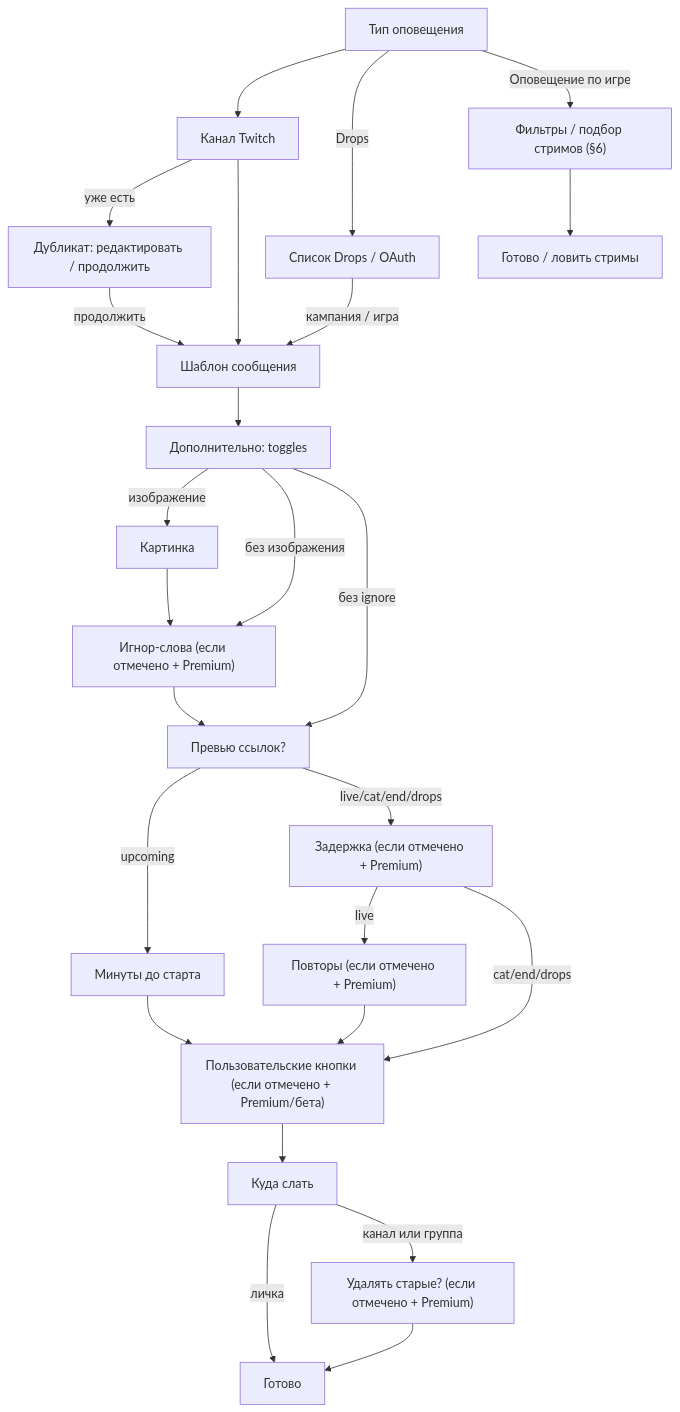
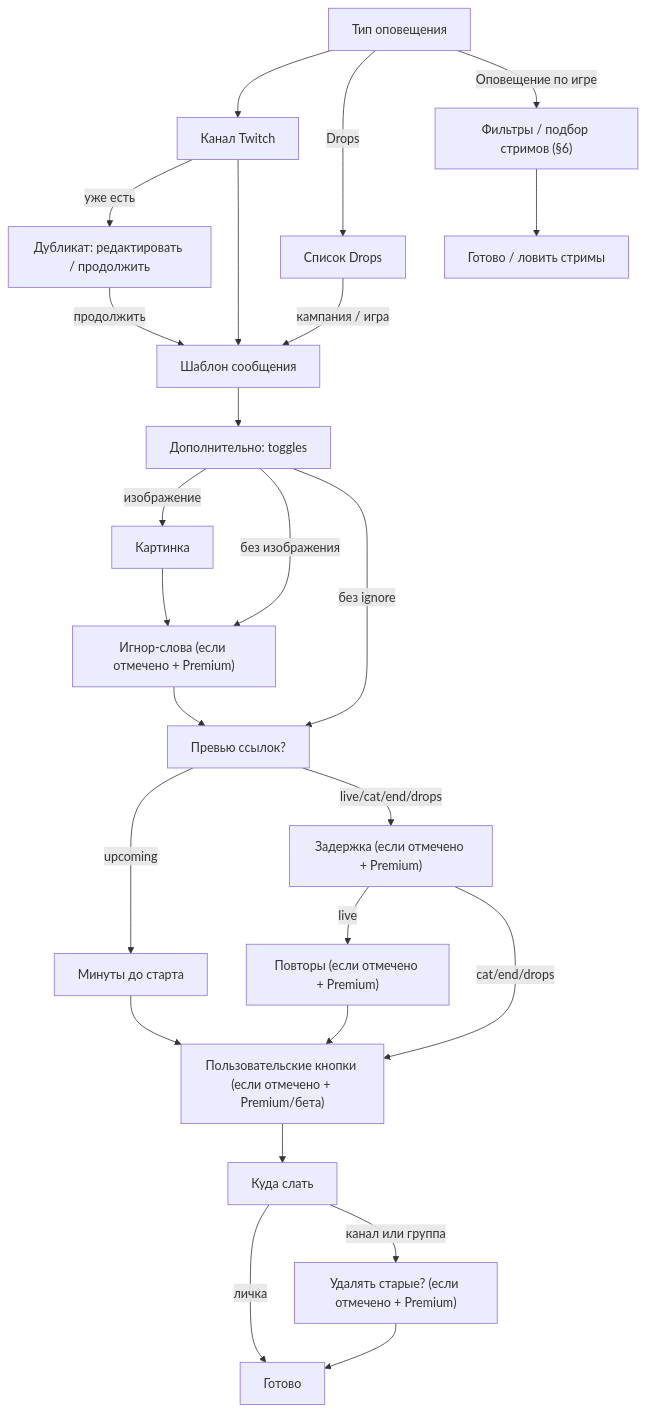
The second of 3 diagrams in docs/user-flow-map.ru.md (Marfa/twitch-telegram-bot), drawn with Mermaid before and after one commit. The commit also changed other lines of this file and 18 other files, not shown here.

````diff
--- a/docs/user-flow-map.ru.md
+++ b/docs/user-flow-map.ru.md
@@ -110,27 +110,27 @@
 ```mermaid
 flowchart TD
   AT["Тип оповещения"] --> CH["Канал Twitch"]
-  AT -->|Drops| CAT["Список Drops / OAuth"]
+  AT -->|Drops| CAT["Список Drops"]
   AT -->|Оповещение по игре| WAT["Фильтры / подбор стримов (§6)"]
   CH -->|уже есть| DUP["Дубликат: редактировать / продолжить"]
   CH --> TPL["Шаблон сообщения"]
   CAT -->|кампания / игра| TPL
   DUP -->|продолжить| TPL
   TPL --> OPT["Дополнительно: toggles"]
   OPT -->|изображение| IMG["Картинка"]
   OPT -->|без изображения| IGN["Игнор-слова (если отмечено + Premium)"]
   IMG --> IGN
   IGN --> LP["Превью ссылок?"]
   OPT -->|без ignore| LP
   LP -->|upcoming| SRM["Минуты до старта"]
   LP -->|live/cat/end/drops| DL["Задержка (если отмечено + Premium)"]
   DL -->|live| RP["Повторы (если отмечено + Premium)"]
   RP --> BTN["Пользовательские кнопки (если отмечено + Premium/бета)"]
   BTN --> DEST["Куда слать"]
   SRM --> BTN
   DL -->|cat/end/drops| BTN
   DEST -->|личка| DONE["Готово"]
   DEST -->|канал или группа| DEL["Удалять старые? (если отмечено + Premium)"]
   DEL --> DONE
   WAT --> ENDW["Готово / ловить стримы"]
 ```
````
